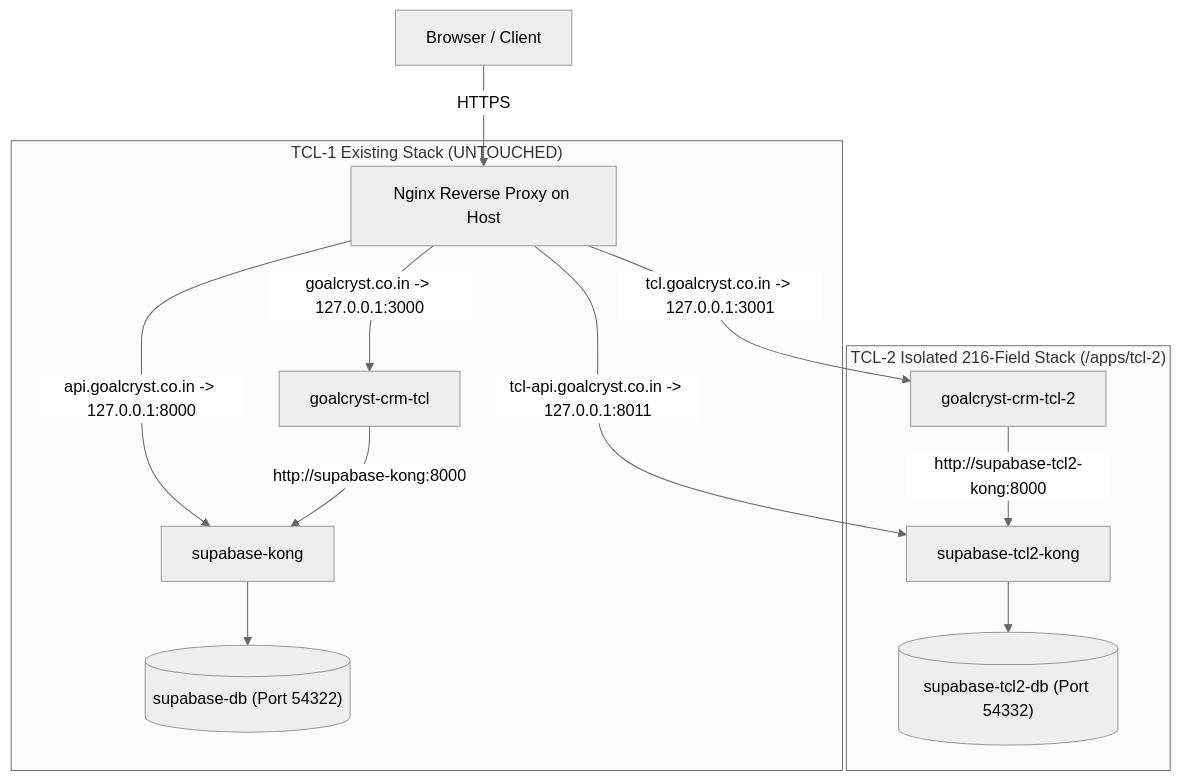
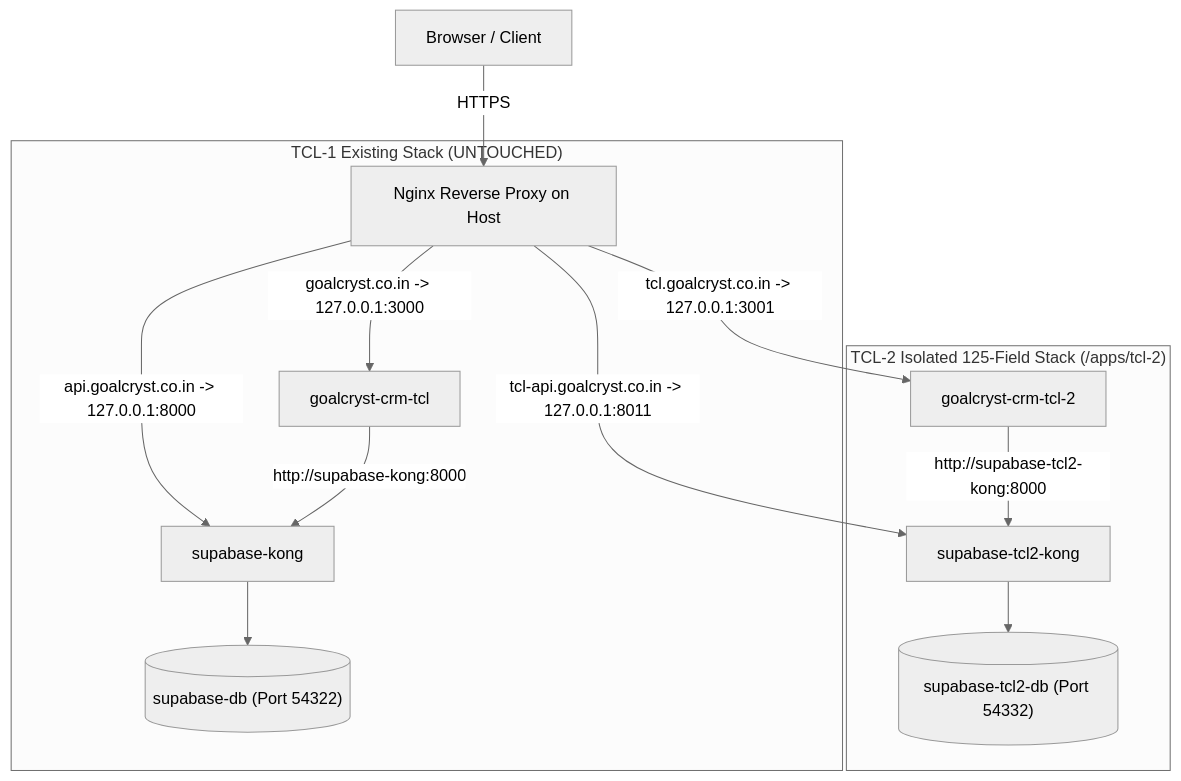
Before and after one commit to savistatech/goalcryst-crm-tcl-2: the diagram in DEPLOYMENT_TCL2.md, drawn with Mermaid (neutral theme). The commit also changed other lines of this file and 17 other files, not shown here.

First line of the commit message:
feat(tcl2): clean 125-field schema; single baseline migration

````diff
--- a/DEPLOYMENT_TCL2.md
+++ b/DEPLOYMENT_TCL2.md
@@ -7,18 +7,18 @@
 ```mermaid
 graph TD
     Client["Browser / Client"] -->|HTTPS| Nginx["Nginx Reverse Proxy on Host"]
 
     subgraph TCL1["TCL-1 Existing Stack (UNTOUCHED)"]
         Nginx -->|"goalcryst.co.in -> 127.0.0.1:3000"| TCL1_App["goalcryst-crm-tcl"]
         Nginx -->|"api.goalcryst.co.in -> 127.0.0.1:8000"| TCL1_Kong["supabase-kong"]
         TCL1_App -->|"http://supabase-kong:8000"| TCL1_Kong
         TCL1_Kong --> TCL1_DB[("supabase-db (Port 54322)")]
     end
 
-    subgraph TCL2["TCL-2 Isolated 216-Field Stack (/apps/tcl-2)"]
+    subgraph TCL2["TCL-2 Isolated 125-Field Stack (/apps/tcl-2)"]
         Nginx -->|"tcl.goalcryst.co.in -> 127.0.0.1:3001"| TCL2_App["goalcryst-crm-tcl-2"]
         Nginx -->|"tcl-api.goalcryst.co.in -> 127.0.0.1:8011"| TCL2_Kong["supabase-tcl2-kong"]
         TCL2_App -->|"http://supabase-tcl2-kong:8000"| TCL2_Kong
         TCL2_Kong --> TCL2_DB[("supabase-tcl2-db (Port 54332)")]
     end
 ```
````
